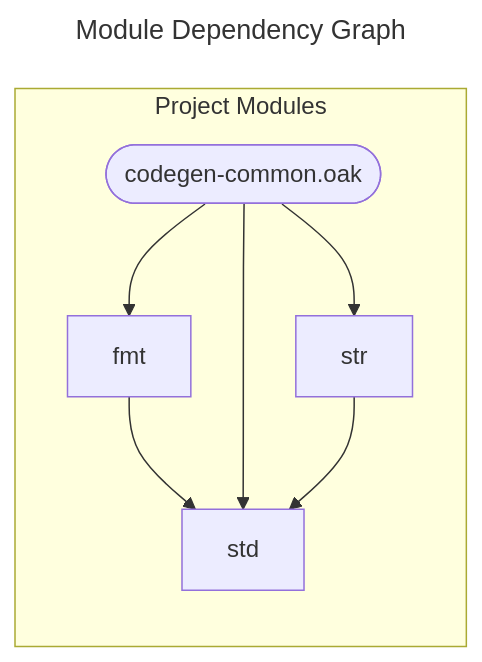
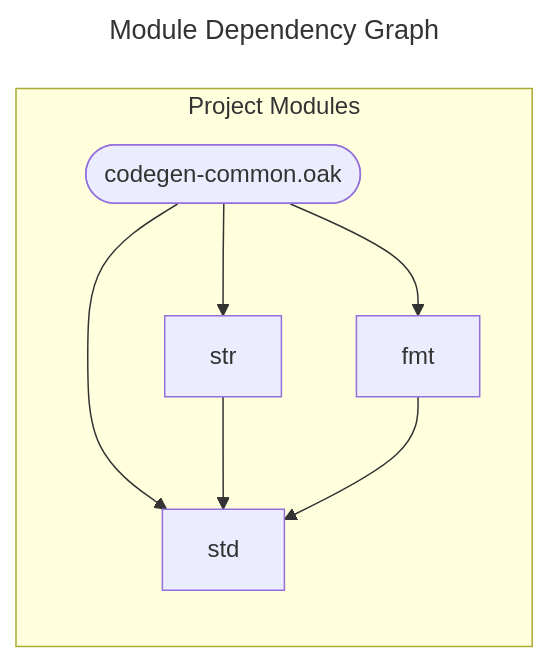
One commit to SpcFORK/magnolia changed the diagram in docs/spec/codegen-common.mmd. Above: the diagram before and after it, drawn with Mermaid. The commit also changed other lines of this file and 152 other files, not shown here.

First line of the commit message:
Refactor module dependency graphs in documentation

```diff
--- a/docs/spec/codegen-common.mmd
+++ b/docs/spec/codegen-common.mmd
@@ -1,15 +1,15 @@
 ---
 title: Module Dependency Graph
 ---
 flowchart LR
     subgraph project_modules ["Project Modules"]
-        std["std"]
-        fmt["fmt"]
         lib_codegen_common_oak(["codegen-common.oak"])
         str["str"]
+        fmt["fmt"]
+        std["std"]
     end
-    fmt --> std
     lib_codegen_common_oak --> std
     lib_codegen_common_oak --> str
     lib_codegen_common_oak --> fmt
     str --> std
+    fmt --> std
```
